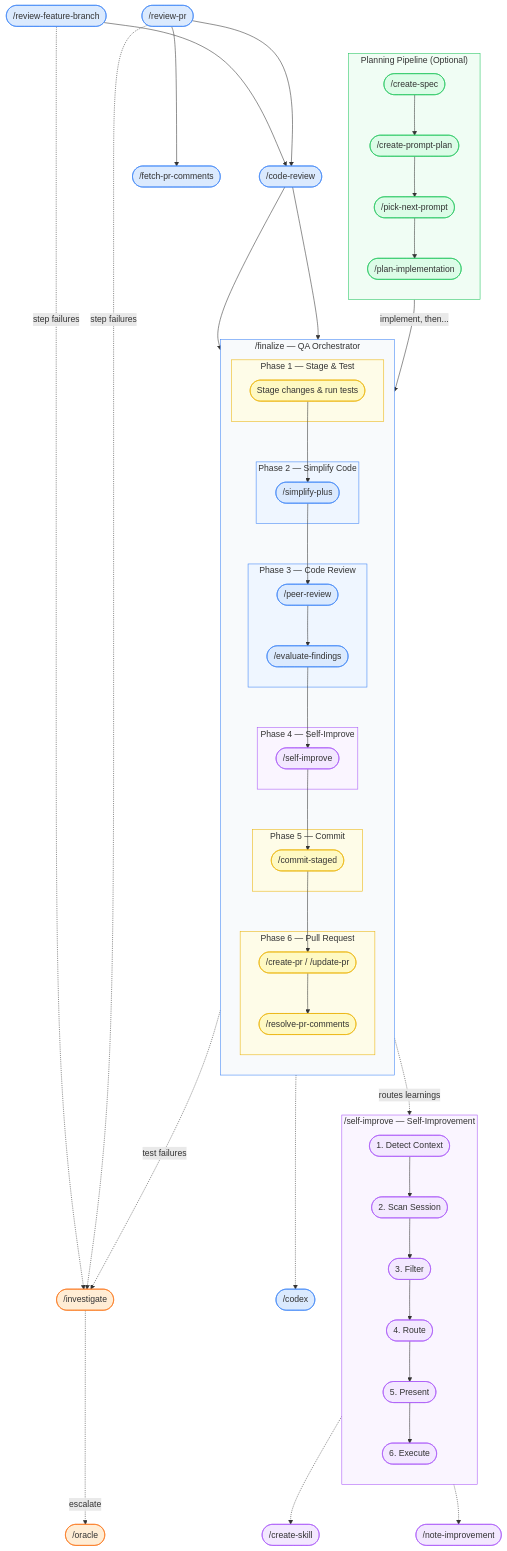
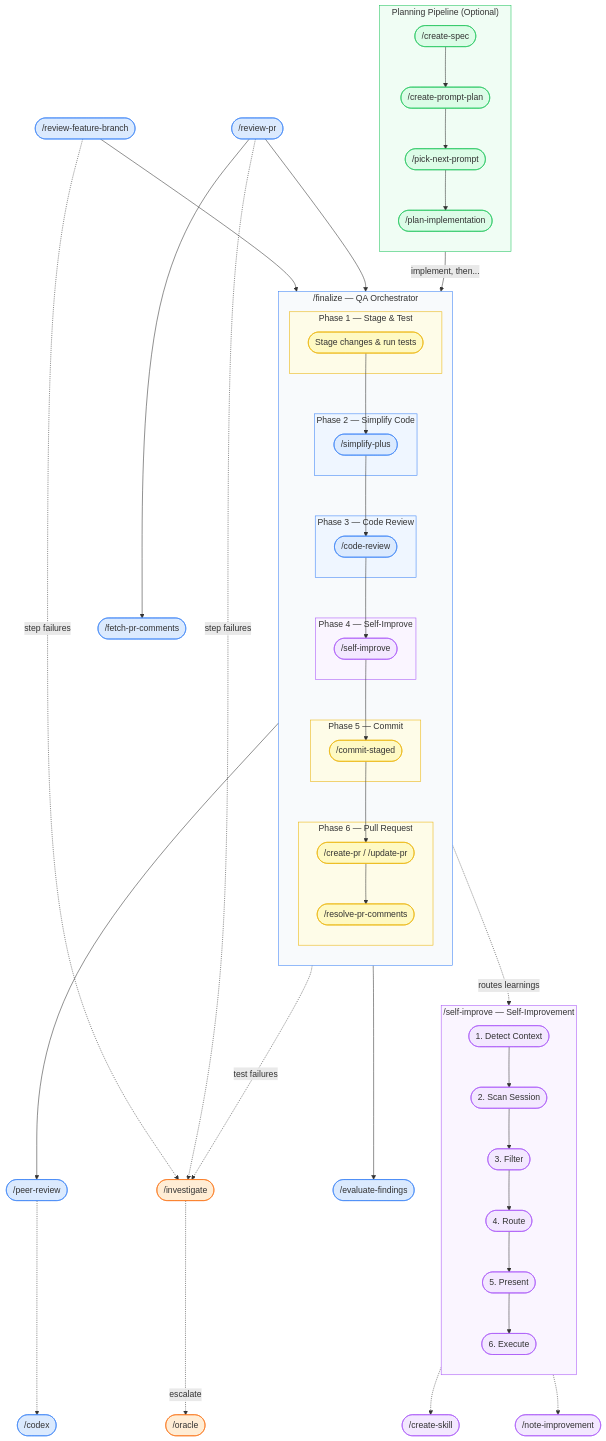
The diagram in README.md (tobihagemann/turbo), drawn with Mermaid before and after one commit. The commit also changed 1 other file, not shown here.

Commit message:
Use /code-review in finalize instead of /peer-review + /evaluate-findings

```diff
--- a/README.md
+++ b/README.md
@@ -63,7 +63,7 @@
         end
 
         subgraph p3 ["Phase 3 — Code Review"]
-            peer-review([/peer-review]):::review --> evaluate-findings([/evaluate-findings]):::review
+            code-review([/code-review]):::review
         end
 
         subgraph p4 ["Phase 4 — Self-Improve"]
@@ -79,15 +79,15 @@
         end
 
         stage --> simplify-plus
-        simplify-plus --> peer-review
-        evaluate-findings --> self-improve
+        simplify-plus --> code-review
+        code-review --> self-improve
         self-improve --> commit-staged
         commit-staged --> create-pr
     end
 
     %% Code review (reusable core)
-    code-review([/code-review]):::review --> peer-review
-    code-review --> evaluate-findings
+    code-review --> peer-review([/peer-review]):::review
+    code-review --> evaluate-findings([/evaluate-findings]):::review
 
     %% Review orchestrators
     review-feature-branch([/review-feature-branch]):::review --> code-review
```
